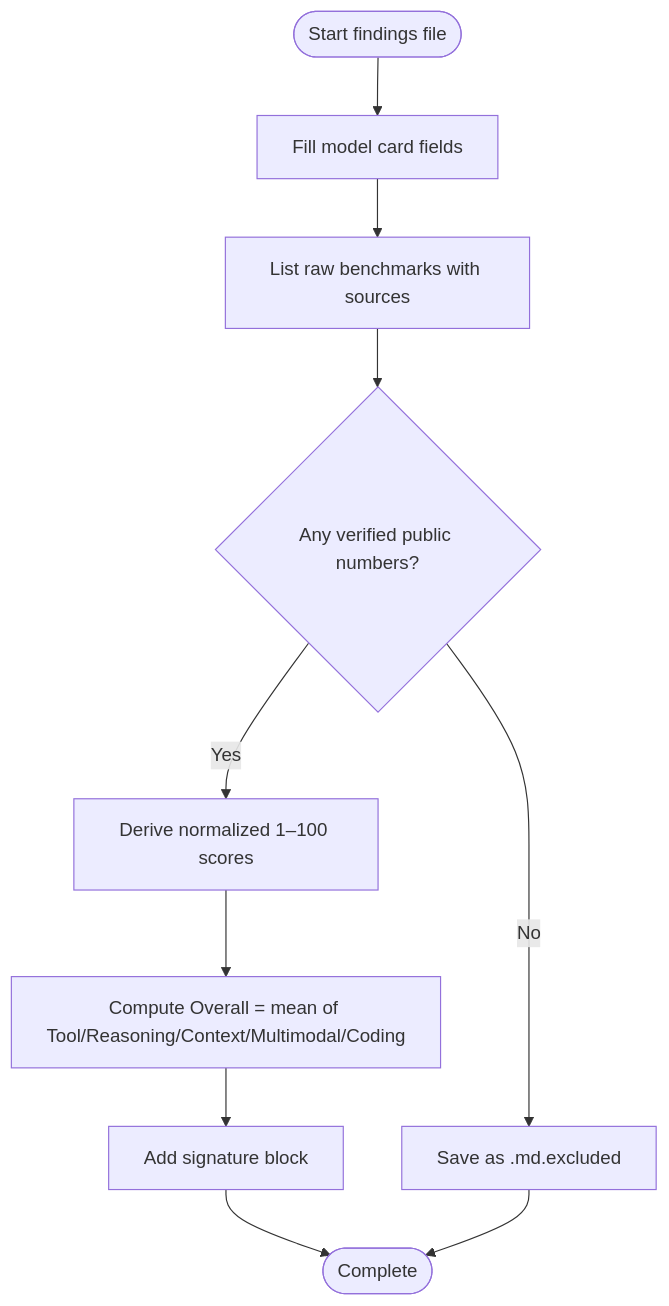
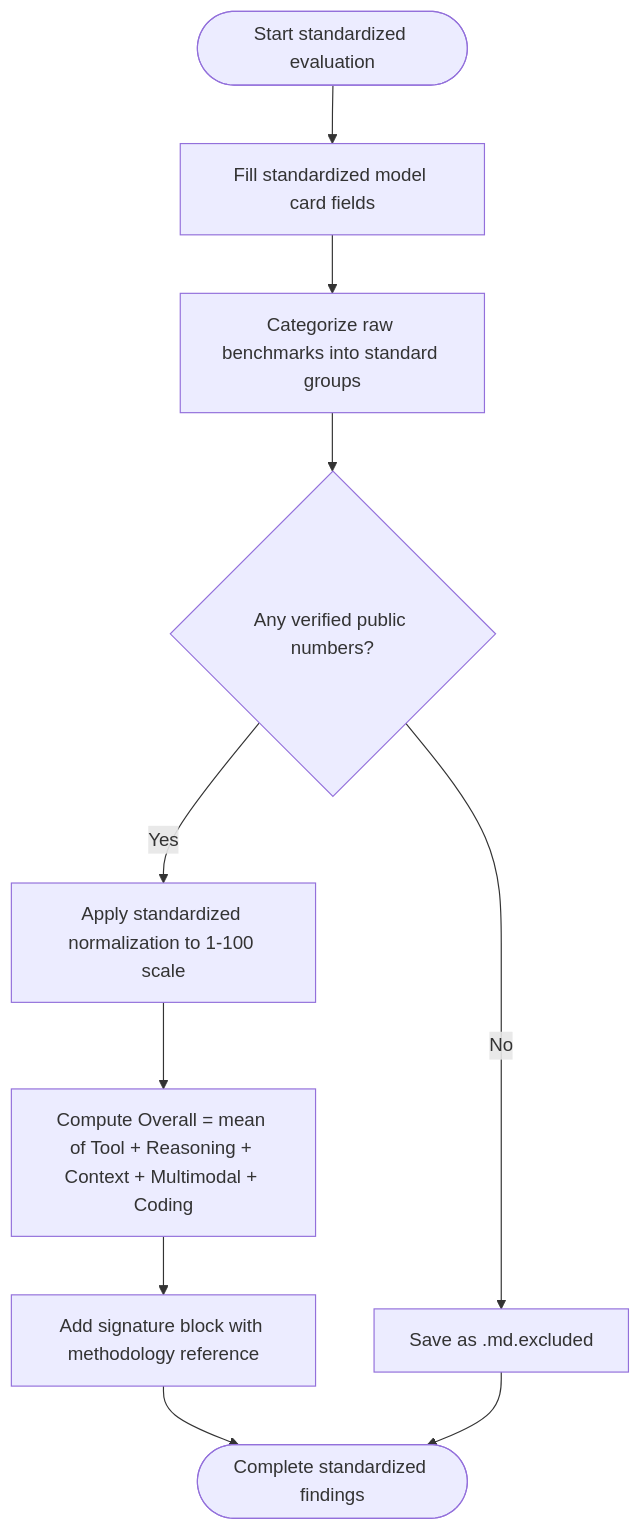
Before and after one commit to delirium-dj/modelcomp: the third of 5 diagrams in .qoder/repowiki/en/content/Model Research & Evaluation/Findings File Format & Structure.md, drawn with Mermaid. The commit also changed other lines of this file and 147 other files, not shown here.

First line of the commit message:
- Added new model findings and metadata for Muse Spark 1.3 Max, Qwen 3.5 Plus, Qwen 3.6 Plus, and Space Bunny Alpha

````diff
--- a/.qoder/repowiki/en/content/Model Research & Evaluation/Findings File Format & Structure.md
+++ b/.qoder/repowiki/en/content/Model Research & Evaluation/Findings File Format & Structure.md
@@ -120,12 +130,12 @@
 ```mermaid
 flowchart TD
-Start(["Start findings file"]) --> Card["Fill model card fields"]
-Card --> Benchmarks["List raw benchmarks with sources"]
+Start(["Start standardized evaluation"]) --> Card["Fill standardized model card fields"]
+Card --> Benchmarks["Categorize raw benchmarks into standard groups"]
 Benchmarks --> Evidence{"Any verified public numbers?"}
 Evidence --> |No| Exclude["Save as .md.excluded"]
-Evidence --> |Yes| Normalize["Derive normalized 1–100 scores"]
-Normalize --> Formula["Compute Overall = mean of Tool/Reasoning/Context/Multimodal/Coding"]
-Formula --> Signature["Add signature block"]
-Signature --> End(["Complete"])
+Evidence --> |Yes| Normalize["Apply standardized normalization to 1-100 scale"]
+Normalize --> Formula["Compute Overall = mean of Tool + Reasoning + Context + Multimodal + Coding"]
+Formula --> Signature["Add signature block with methodology reference"]
+Signature --> End(["Complete standardized findings"])
 Exclude --> End
 ```
````
